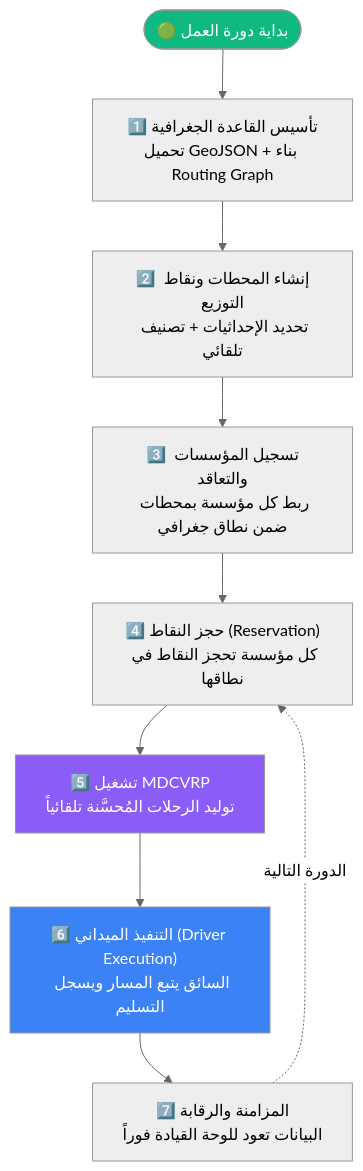
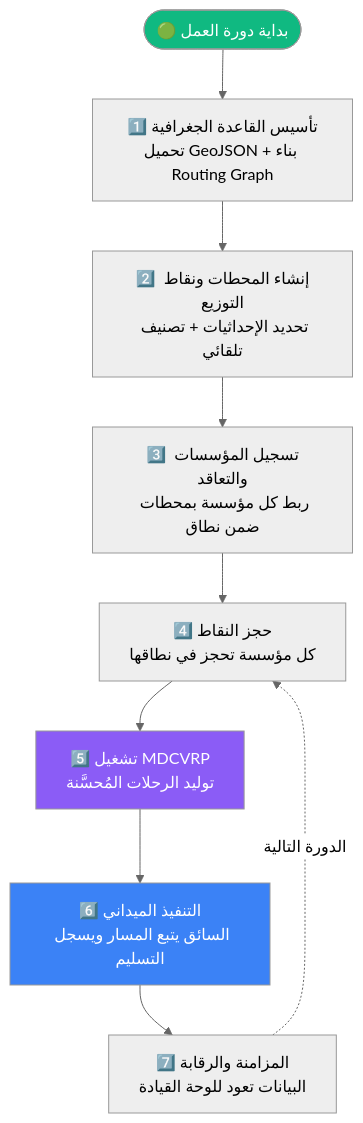
The third of 3 diagrams in README.md (anasashqar/WaterSyncGaza), drawn with Mermaid (neutral theme) before and after one commit. The commit also changed other lines of this file, not shown here.

````diff
--- a/README.md
+++ b/README.md
@@ -236,19 +242,19 @@
 ```mermaid
 flowchart TD
     START(["🟢 بداية دورة العمل"])
 
     A["1️⃣ تأسيس القاعدة الجغرافية<br/>تحميل GeoJSON + بناء Routing Graph"]
     B["2️⃣ إنشاء المحطات ونقاط التوزيع<br/>تحديد الإحداثيات + تصنيف تلقائي"]
-    C["3️⃣ تسجيل المؤسسات والتعاقد<br/>ربط كل مؤسسة بمحطات ضمن نطاق جغرافي"]
-    D["4️⃣ حجز النقاط (Reservation)<br/>كل مؤسسة تحجز النقاط في نطاقها"]
-    E["5️⃣ تشغيل MDCVRP<br/>توليد الرحلات المُحسَّنة تلقائياً"]
-    F["6️⃣ التنفيذ الميداني (Driver Execution)<br/>السائق يتبع المسار ويسجل التسليم"]
-    G["7️⃣ المزامنة والرقابة<br/>البيانات تعود للوحة القيادة فوراً"]
+    C["3️⃣ تسجيل المؤسسات والتعاقد<br/>ربط كل مؤسسة بمحطات ضمن نطاق"]
+    D["4️⃣ حجز النقاط<br/>كل مؤسسة تحجز في نطاقها"]
+    E["5️⃣ تشغيل MDCVRP<br/>توليد الرحلات المُحسَّنة"]
+    F["6️⃣ التنفيذ الميداني<br/>السائق يتبع المسار ويسجل التسليم"]
+    G["7️⃣ المزامنة والرقابة<br/>البيانات تعود للوحة القيادة"]
 
     START --> A --> B --> C --> D --> E --> F --> G
     G -.->|"الدورة التالية"| D
 
     style START fill:#10b981,color:#fff
     style E fill:#8b5cf6,color:#fff
     style F fill:#3b82f6,color:#fff
 ```
````
